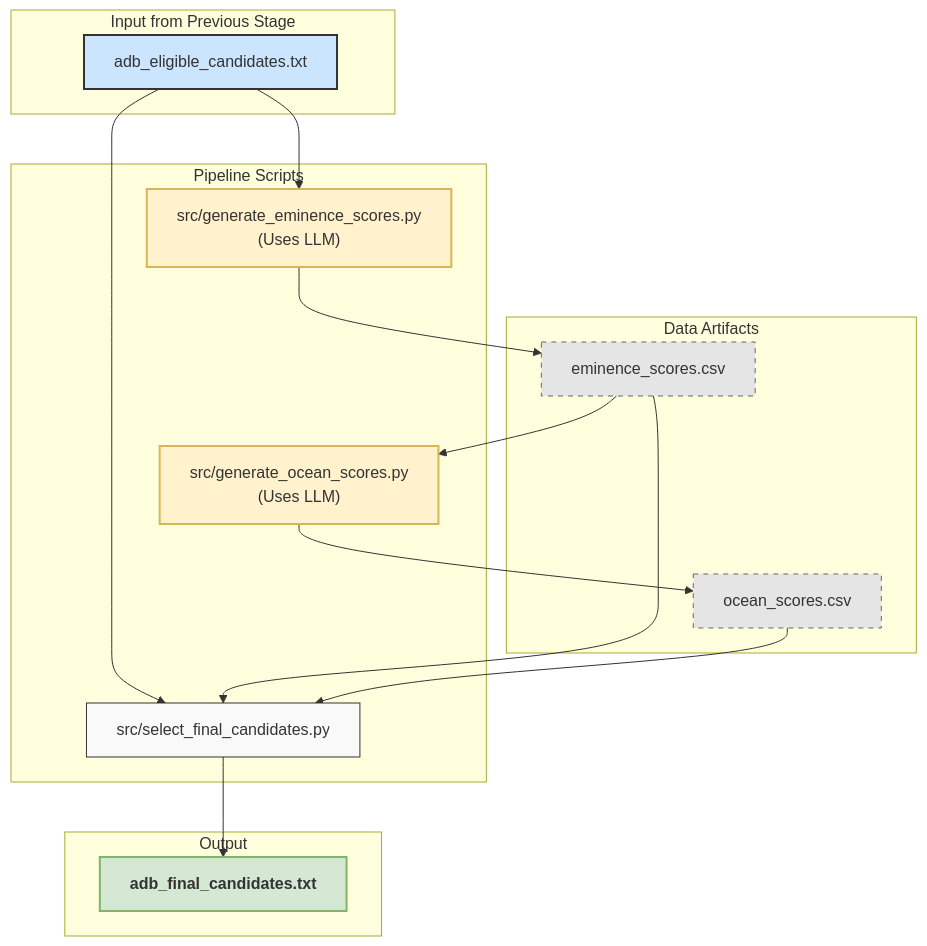
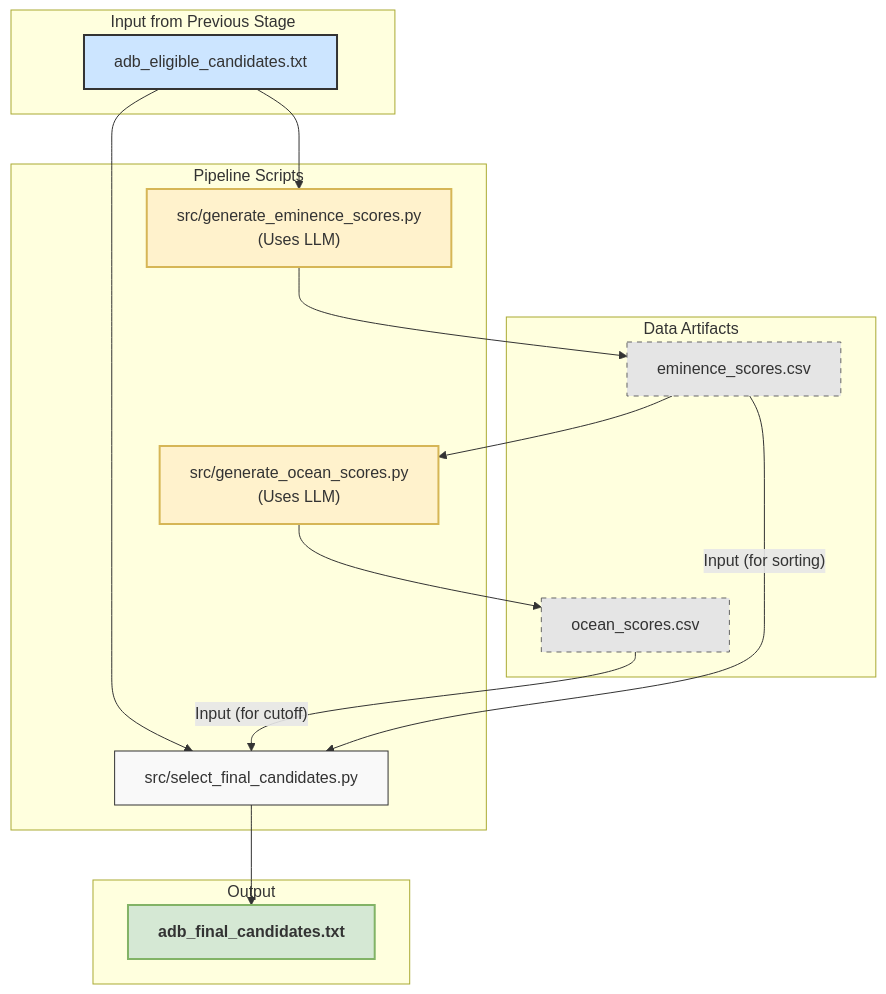
Before and after one commit to peterjmarko/llm-narrative-framework: the diagram in docs/diagrams/flow_prep_2_selection.mmd, drawn with Mermaid. The commit also changed 27 other files, not shown here.

```diff
--- a/docs/diagrams/flow_prep_2_selection.mmd
+++ b/docs/diagrams/flow_prep_2_selection.mmd
@@ -1,37 +1,37 @@
 graph TD
     classDef process fill:#f9f9f9,stroke:#333,stroke-width:1px
     classDef artifact fill:#e5e5e5,stroke:#666,stroke-width:1px,stroke-dasharray: 5 5
     classDef source fill:#cce5ff,stroke:#333,stroke-width:2px
     classDef finalProduct fill:#d5e8d4,stroke:#82b366,stroke-width:2px,font-weight:bold
     classDef llmProcess fill:#fff2cc,stroke:#d6b656,stroke-width:2px
 
     subgraph "Input from Previous Stage"
         eligible_candidates[adb_eligible_candidates.txt]:::source
     end
 
     subgraph "Pipeline Scripts"
         gen_eminence["src/generate_eminence_scores.py<br>(Uses LLM)"]:::llmProcess
         gen_ocean["src/generate_ocean_scores.py<br>(Uses LLM)"]:::llmProcess
         select_final[src/select_final_candidates.py]:::process
     end
 
     subgraph "Data Artifacts"
         eminence_scores[eminence_scores.csv]:::artifact
         ocean_scores[ocean_scores.csv]:::artifact
     end
 
     subgraph "Output"
         final_candidates[adb_final_candidates.txt]:::finalProduct
     end
 
     eligible_candidates --> gen_eminence
     gen_eminence --> eminence_scores
 
     eminence_scores --> gen_ocean
     gen_ocean --> ocean_scores
     
     eligible_candidates --> select_final
-    eminence_scores --> select_final
-    ocean_scores --> select_final
+    ocean_scores -- "Input (for cutoff)" --> select_final
+    eminence_scores -- "Input (for sorting)" --> select_final
 
     select_final --> final_candidates
```
